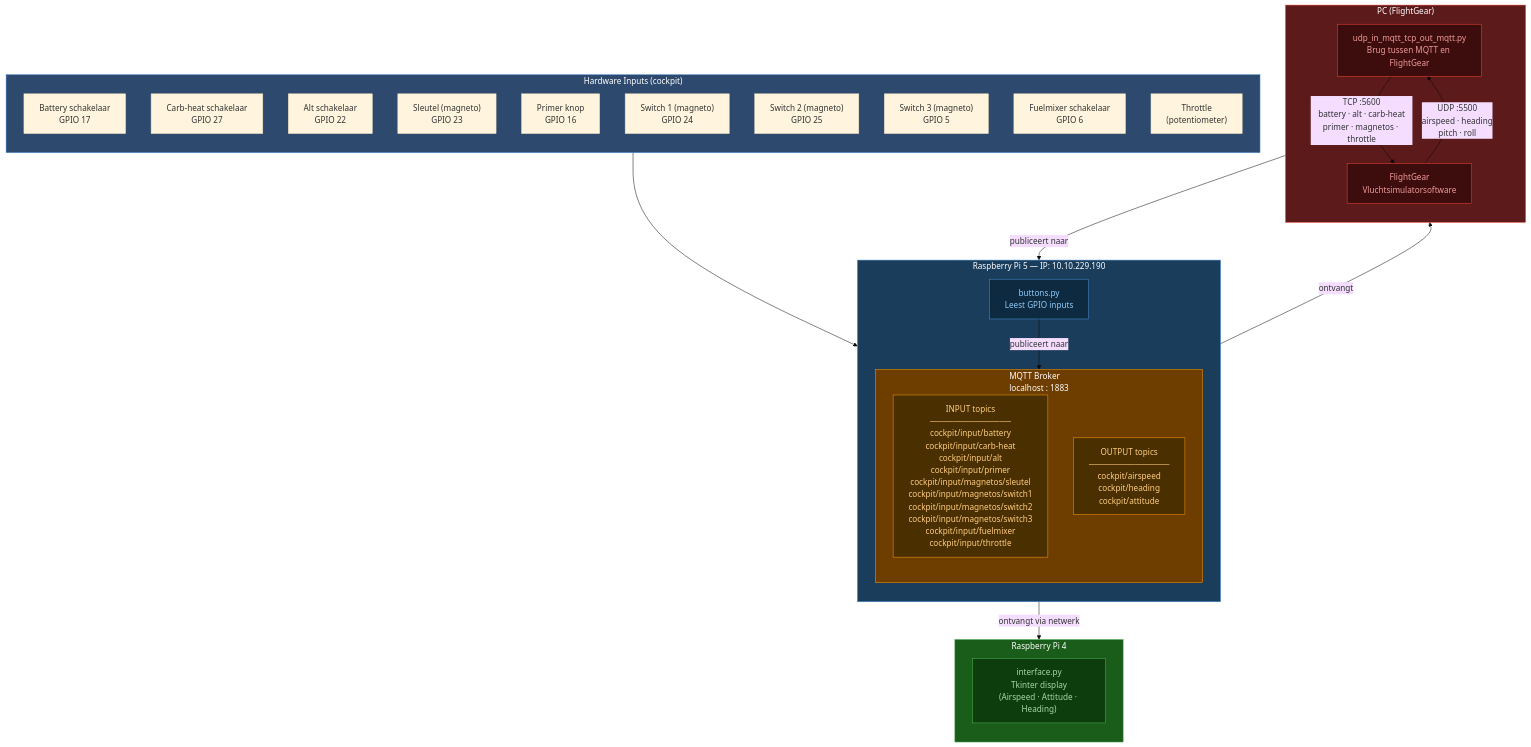
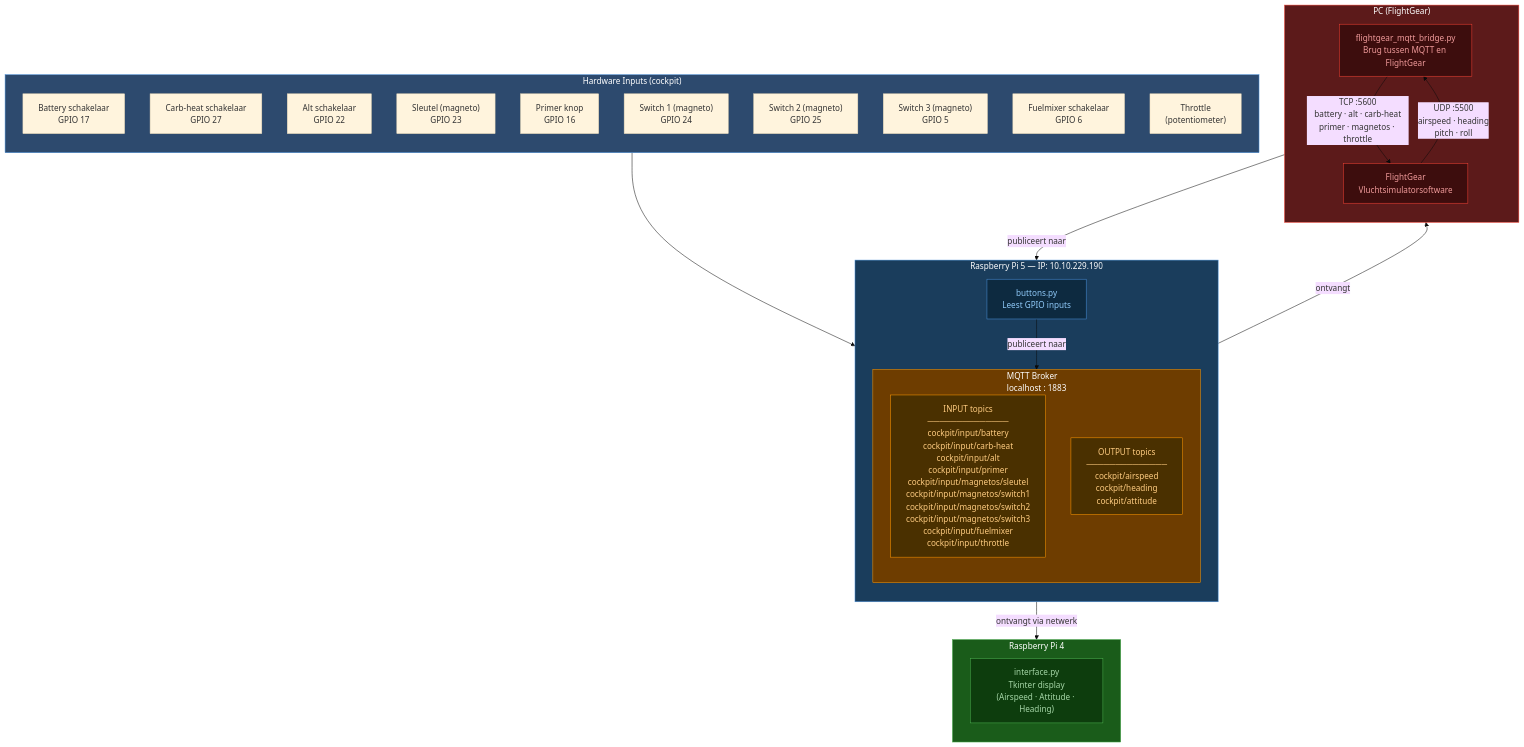
Before and after one commit to vives-project-xp/SimulatorCockpit: the diagram in Documentatie/schemas/software-architectuur.md, drawn with Mermaid (base theme). The commit also changed 2 other files, not shown here.

Commit message:
naamwijziging

````diff
--- a/Documentatie/schemas/software-architectuur.md
+++ b/Documentatie/schemas/software-architectuur.md
@@ -14,68 +14,68 @@
 ```mermaid
 flowchart TD
 
     %% ─── HARDWARE INPUTS ───
     subgraph HW["Hardware Inputs (cockpit)"]
         direction TB
         BAT["Battery schakelaar\nGPIO 17"]
         CARB["Carb-heat schakelaar\nGPIO 27"]
         ALT["Alt schakelaar\nGPIO 22"]
         SLEUTEL["Sleutel (magneto)\nGPIO 23"]
         PRIMER["Primer knop\nGPIO 16"]
         SW1["Switch 1 (magneto)\nGPIO 24"]
         SW2["Switch 2 (magneto)\nGPIO 25"]
         SW3["Switch 3 (magneto)\nGPIO 5"]
         FUEL["Fuelmixer schakelaar\nGPIO 6"]
         THROTTLE["Throttle\n(potentiometer)"]
     end
 
     %% ─── RASPBERRY PI 5 ───
     subgraph RPI5["Raspberry Pi 5 — IP: 10.10.229.190"]
         direction TB
         BUTTONS["buttons.py\nLeest GPIO inputs"]
         subgraph MQTT["MQTT Broker\nlocalhost : 1883"]
             direction TB
             IN_TOPICS["INPUT topics\n──────────────\ncockpit/input/battery\ncockpit/input/carb-heat\ncockpit/input/alt\ncockpit/input/primer\ncockpit/input/magnetos/sleutel\ncockpit/input/magnetos/switch1\ncockpit/input/magnetos/switch2\ncockpit/input/magnetos/switch3\ncockpit/input/fuelmixer\ncockpit/input/throttle"]
             OUT_TOPICS["OUTPUT topics\n──────────────\ncockpit/airspeed\ncockpit/heading\ncockpit/attitude"]
         end
     end
 
     %% ─── RASPBERRY PI 4 ───
     subgraph RPI4["Raspberry Pi 4"]
         direction TB
         DISPLAY["interface.py\nTkinter display\n(Airspeed · Attitude · Heading)"]
     end
 
     %% ─── PC ───
     subgraph PC["PC (FlightGear)"]
         direction TB
-        BRIDGE["udp_in_mqtt_tcp_out_mqtt.py\nBrug tussen MQTT en FlightGear"]
+        BRIDGE["flightgear_mqtt_bridge.py\nBrug tussen MQTT en FlightGear"]
         FG["FlightGear\nVluchtsimulatorsoftware"]
     end
 
     %% ─── VERBINDINGEN ───
 
     HW --> BUTTONS
     BUTTONS -->|"publiceert naar"| IN_TOPICS
 
     IN_TOPICS -->|"ontvangt"| BRIDGE
     BRIDGE -->|"TCP :5600\nbattery · alt · carb-heat\nprimer · magnetos · throttle"| FG
 
     FG -->|"UDP :5500\nairspeed · heading\npitch · roll"| BRIDGE
     BRIDGE -->|"publiceert naar"| OUT_TOPICS
 
     OUT_TOPICS -->|"ontvangt via netwerk"| DISPLAY
 
     %% ─── KLEUREN ───
     style HW fill:#2d4a6e,color:#ffffff,stroke:#4a90d9
     style RPI5 fill:#1a3d5c,color:#ffffff,stroke:#4a90d9
     style RPI4 fill:#1a5c1a,color:#ffffff,stroke:#4caf50
     style MQTT fill:#6e3d00,color:#ffffff,stroke:#ff9800
     style PC fill:#5c1a1a,color:#ffffff,stroke:#f44336
     style IN_TOPICS fill:#4a3000,color:#ffcc80,stroke:#ff9800
     style OUT_TOPICS fill:#4a3000,color:#ffcc80,stroke:#ff9800
     style BUTTONS fill:#0d2a40,color:#90caf9,stroke:#4a90d9
     style DISPLAY fill:#0d3d0d,color:#a5d6a7,stroke:#4caf50
     style BRIDGE fill:#3d0d0d,color:#ef9a9a,stroke:#f44336
     style FG fill:#3d0d0d,color:#ef9a9a,stroke:#f44336
 ```
````
